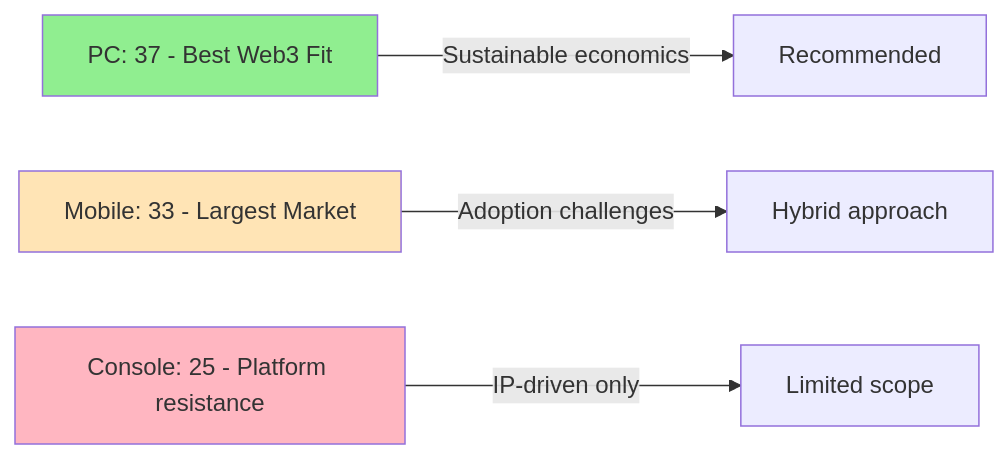
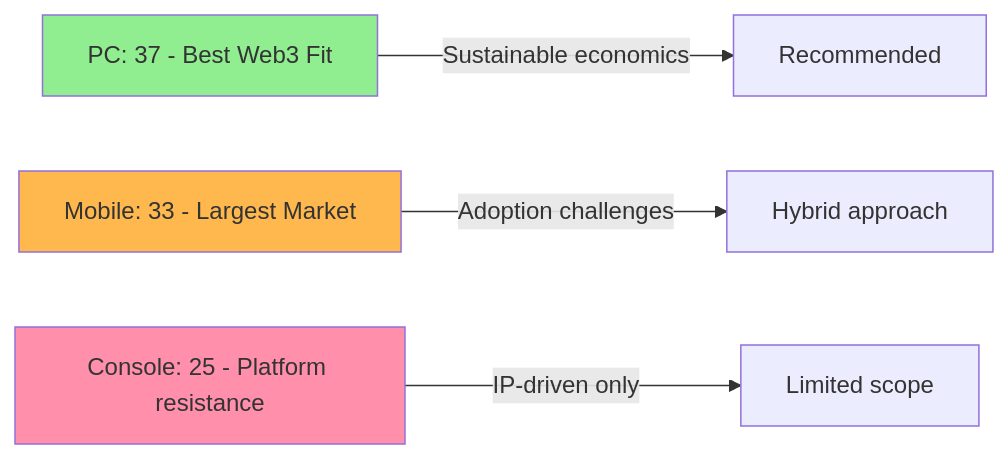
Before and after one commit to ljg-cqu/knowledge: diagram 11 of 22 in Industry/Blockchain/Blockchain/ValueChain/QA_ClaudeOpus.md, drawn with Mermaid. The commit also changed other lines of this file and 6 other files, not shown here.

````diff
--- a/Industry/Blockchain/Blockchain/ValueChain/QA_ClaudeOpus.md
+++ b/Industry/Blockchain/Blockchain/ValueChain/QA_ClaudeOpus.md
@@ -1101,10 +1101,10 @@
 ```mermaid
 graph LR
     A[PC: 37 - Best Web3 Fit] -->|Sustainable economics| B[Recommended]
     C[Mobile: 33 - Largest Market] -->|Adoption challenges| D[Hybrid approach]
     E[Console: 25 - Platform resistance] -->|IP-driven only| F[Limited scope]
     
     style A fill:#90EE90
-    style C fill:#FFE4B5
-    style E fill:#FFB6C1
+    style C fill:#FFB84D
+    style E fill:#FF8FAB
 ```
````
